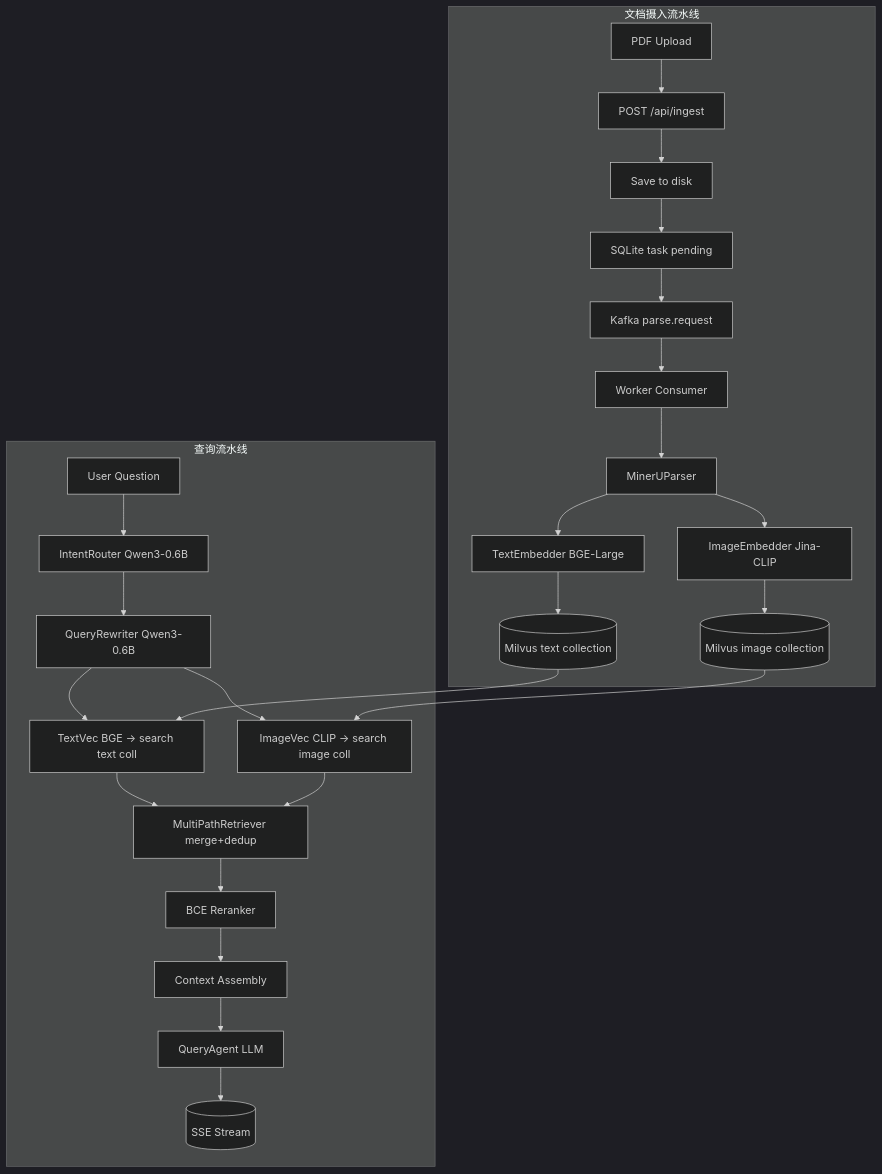
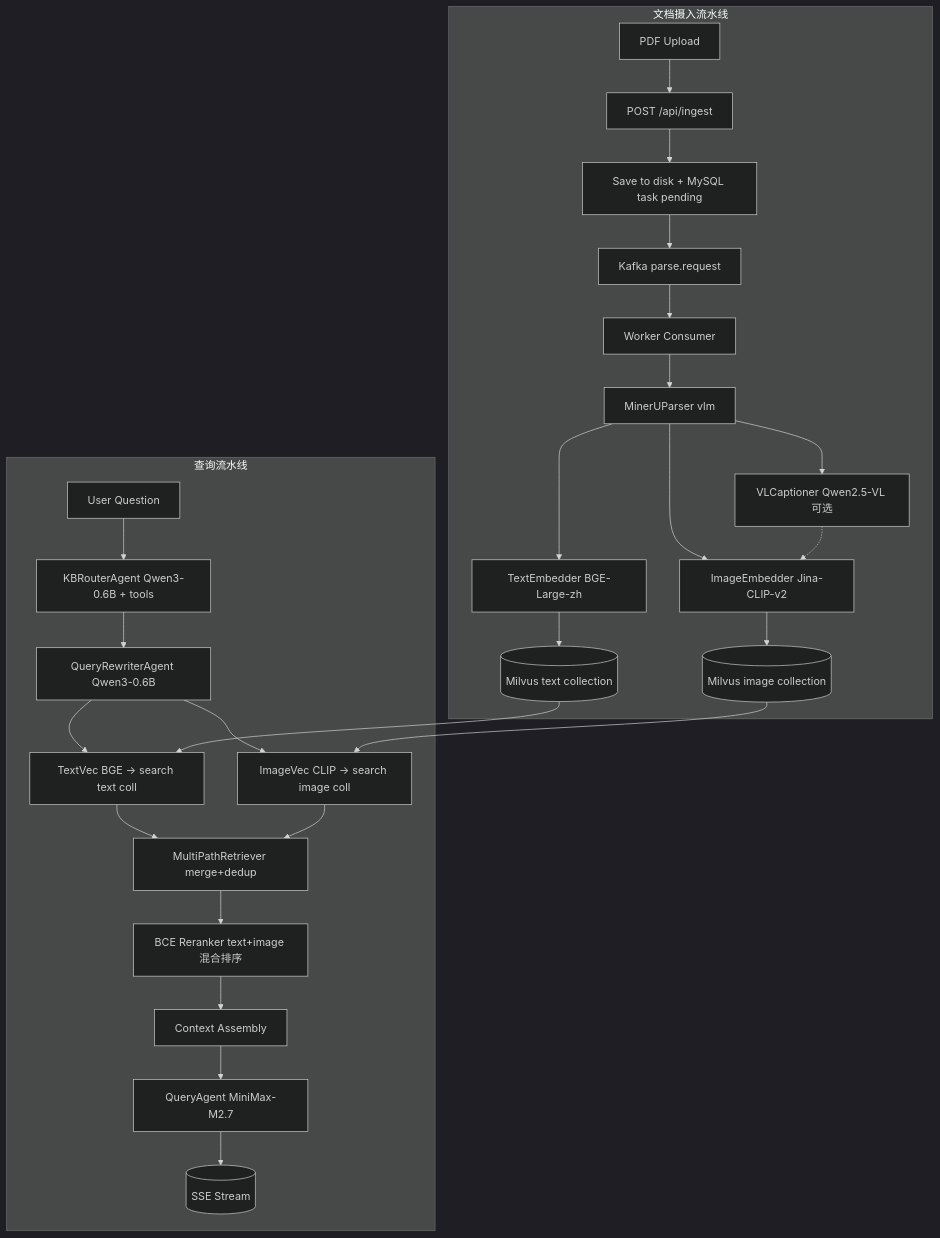
The diagram in DESIGN.md (MightyDown/multiDal-RAGqa), drawn with Mermaid (dark theme) before and after one commit. The commit also changed other lines of this file and 4 other files, not shown here.

First line of the commit message:
docs: rewrite all md files to match current architecture, add INTERVIEW.md

````diff
--- a/DESIGN.md
+++ b/DESIGN.md
@@ -11,30 +17,31 @@
 ```mermaid
 flowchart TB
     subgraph Ingest["文档摄入流水线"]
         A[PDF Upload] --> B[POST /api/ingest]
-        B --> C[Save to disk]
-        C --> D[SQLite task pending]
-        D --> E[Kafka parse.request]
-        E --> F[Worker Consumer]
-        F --> G[MinerUParser]
-        G --> H[TextEmbedder BGE-Large]
-        G --> I[ImageEmbedder Jina-CLIP]
-        H --> J[(Milvus text collection)]
-        I --> K[(Milvus image collection)]
+        B --> C[Save to disk + MySQL task pending]
+        C --> D[Kafka parse.request]
+        D --> E[Worker Consumer]
+        E --> F[MinerUParser vlm]
+        F --> G[TextEmbedder BGE-Large-zh]
+        F --> H[ImageEmbedder Jina-CLIP-v2]
+        F --> I[VLCaptioner Qwen2.5-VL 可选]
+        G --> J[(Milvus text collection)]
+        H --> K[(Milvus image collection)]
+        I -.-> H
     end
 
     subgraph Query["查询流水线"]
-        L[User Question] --> M[IntentRouter Qwen3-0.6B]
-        M --> N[QueryRewriter Qwen3-0.6B]
+        L[User Question] --> M[KBRouterAgent Qwen3-0.6B + tools]
+        M --> N[QueryRewriterAgent Qwen3-0.6B]
         N --> O[TextVec BGE → search text coll]
         N --> P[ImageVec CLIP → search image coll]
         O & P --> Q[MultiPathRetriever merge+dedup]
-        Q --> R[BCE Reranker]
+        Q --> R[BCE Reranker text+image 混合排序]
         R --> S[Context Assembly]
-        S --> T[QueryAgent LLM]
+        S --> T[QueryAgent MiniMax-M2.7]
         T --> U[(SSE Stream)]
     end
 
     J --> O
     K --> P
 ```
````
